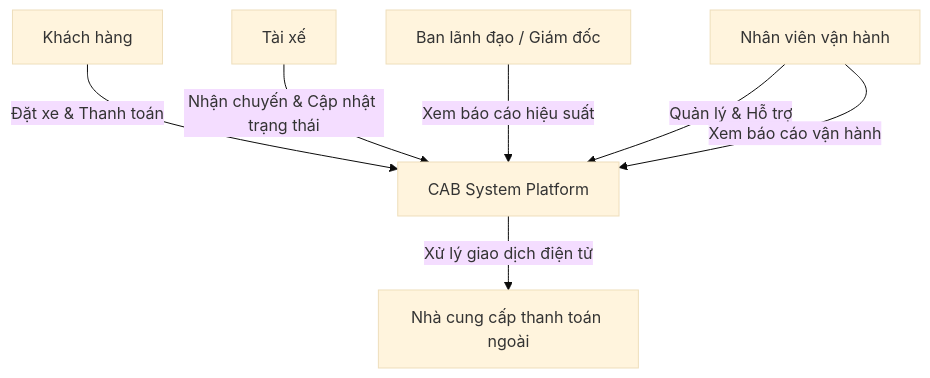
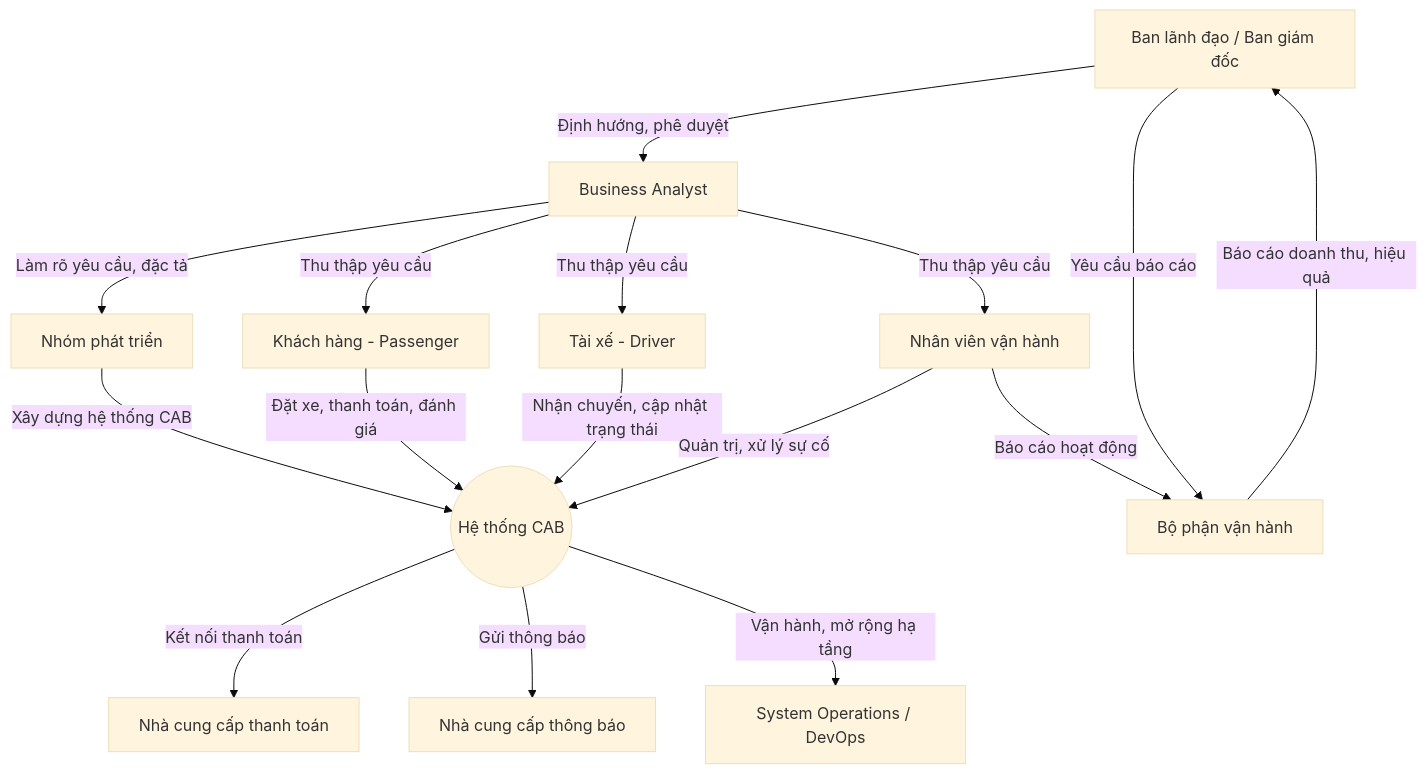
Before and after one commit to BaMin-ui/23677001_DangThePhuc_CABSYSTEM: the first of 4 diagrams in srs.md, drawn with Mermaid (base theme). The commit also changed other lines of this file, not shown here.

````diff
--- a/srs.md
+++ b/srs.md
@@ -40,15 +47,29 @@
 ```mermaid
 graph TD
-    %% Định nghĩa các node Stakeholder
-    BLD[Ban lãnh đạo / Giám đốc]
-    
-    KH[Khách hàng] -->|Đặt xe & Thanh toán| CAB[CAB System Platform]
-    TX[Tài xế] -->|Nhận chuyến & Cập nhật trạng thái| CAB
-    NVV[Nhân viên vận hành] -->|Quản lý & Hỗ trợ| CAB
-    
-    CAB -->|Xử lý giao dịch điện tử| TT[Nhà cung cấp thanh toán ngoài]
-    
-    BLD -->|Xem báo cáo hiệu suất| CAB
-    NVV -->|Xem báo cáo vận hành| CAB
+    BLD[Ban lãnh đạo / Ban giám đốc]
+    BA[Business Analyst]
+    DEV[Nhóm phát triển]
+    KH[Khách hàng - Passenger]
+    TX[Tài xế - Driver]
+    NVVH[Nhân viên vận hành]
+    BPVH[Bộ phận vận hành]
+    TT[Nhà cung cấp thanh toán]
+    TB[Nhà cung cấp thông báo]
+    OPS[System Operations / DevOps]
 
+    BLD -->|Định hướng, phê duyệt| BA
+    BLD -->|Yêu cầu báo cáo| BPVH
+    BA -->|Làm rõ yêu cầu, đặc tả| DEV
+    BA -->|Thu thập yêu cầu| KH
+    BA -->|Thu thập yêu cầu| TX
+    BA -->|Thu thập yêu cầu| NVVH
+    DEV -->|Xây dựng hệ thống CAB| SYS((Hệ thống CAB))
+    KH -->|Đặt xe, thanh toán, đánh giá| SYS
+    TX -->|Nhận chuyến, cập nhật trạng thái| SYS
+    NVVH -->|Quản trị, xử lý sự cố| SYS
+    SYS -->|Kết nối thanh toán| TT
+    SYS -->|Gửi thông báo| TB
+    SYS -->|Vận hành, mở rộng hạ tầng| OPS
+    NVVH -->|Báo cáo hoạt động| BPVH
+    BPVH -->|Báo cáo doanh thu, hiệu quả| BLD
 ```
````
